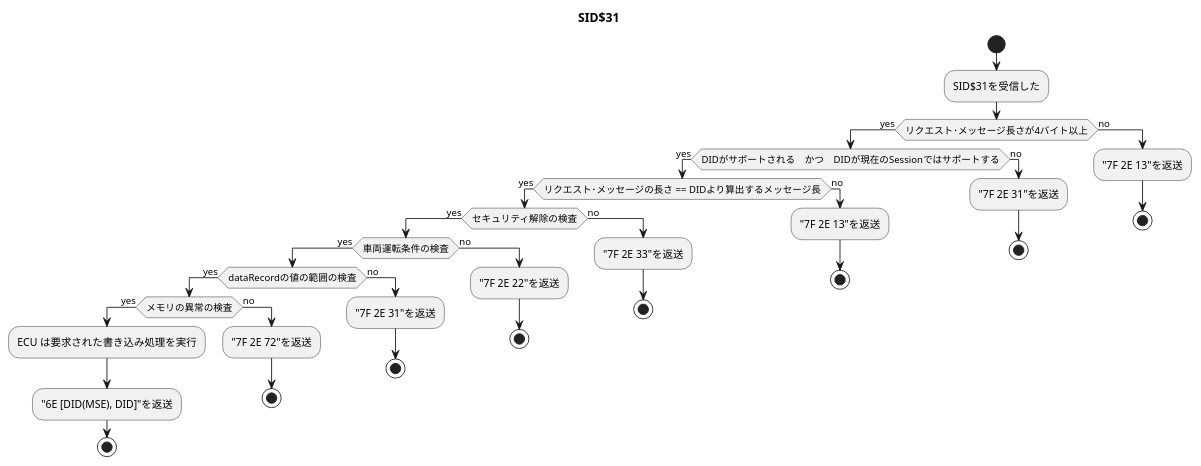
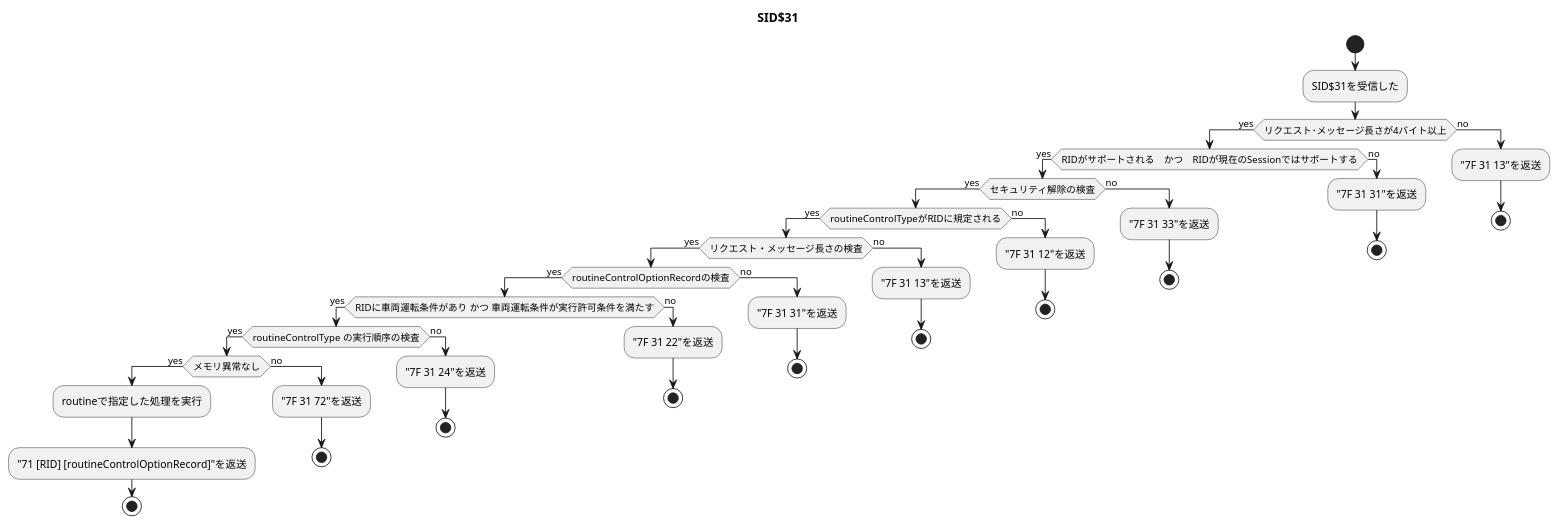
The diagram in UML/SID_0x31.puml (JiaxiaoH/ecu-simulator), drawn with PlantUML before and after one commit. The commit also changed 11 other files, not shown here.

```diff
--- a/UML/SID_0x31.puml
+++ b/UML/SID_0x31.puml
@@ -1,43 +1,53 @@
 @startuml SID$31
 title SID$31
 start
 :SID$31を受信した;
 if(リクエスト･メッセージ長さが4バイト以上) then(yes)
-    if(DIDがサポートされる　かつ　DIDが現在のSessionではサポートする) then (yes)
-        if(リクエスト･メッセージの長さ == DIDより算出するメッセージ長) then (yes)
+    if(RIDがサポートされる　かつ　RIDが現在のSessionではサポートする) then (yes)
             if(セキュリティ解除の検査) then (yes)
-                if(車両運転条件の検査) then (yes)
-                    if(dataRecordの値の範囲の検査) then (yes)
-                        if(メモリの異常の検査) then (yes)
-                            :ECU は要求された書き込み処理を実行;
-                            :"6E [DID(MSE), DID]"を返送;
-                            stop
+                if(routineControlTypeがRIDに規定される) then (yes)
+                    if(リクエスト・メッセージ長さの検査) then (yes)
+                        if(routineControlOptionRecordの検査) then (yes)
+                            if(RIDに車両運転条件があり かつ 車両運転条件が実行許可条件を満たす) then (yes)
+                                if(routineControlType の実行順序の検査) then (yes)
+                                    if(メモリ異常なし) then (yes)
+                                        :routineで指定した処理を実行;
+                                        :"71 [RID] [routineControlOptionRecord]"を返送;
+                                        stop
+                                    else(no)
+                                        :"7F 31 72"を返送;
+                                        stop
+                                    endif
+                                else(no)
+                                    :"7F 31 24"を返送;
+                                    stop
+                                endif
+                            else(no)
+                                :"7F 31 22"を返送;
+                                stop
+                            endif
                         else(no)
-                            :"7F 2E 72"を返送;
+                            :"7F 31 31"を返送;
                             stop
                         endif
                     else(no)
-                        :"7F 2E 31"を返送;
+                        :"7F 31 13"を返送;
                         stop
                     endif
                 else(no)
-                    :"7F 2E 22"を返送;
+                    :"7F 31 12"を返送;
                     stop
                 endif
             else(no)
-                :"7F 2E 33"を返送;
+                :"7F 31 33"を返送;
                 stop
             endif
-        else(no)
-            :"7F 2E 13"を返送;
-            stop
-        endif
     else(no)
-        :"7F 2E 31"を返送;
+        :"7F 31 31"を返送;
         stop
     endif
 else(no)
-    :"7F 2E 13"を返送;
+    :"7F 31 13"を返送;
     stop
 endif
 @enduml
```
